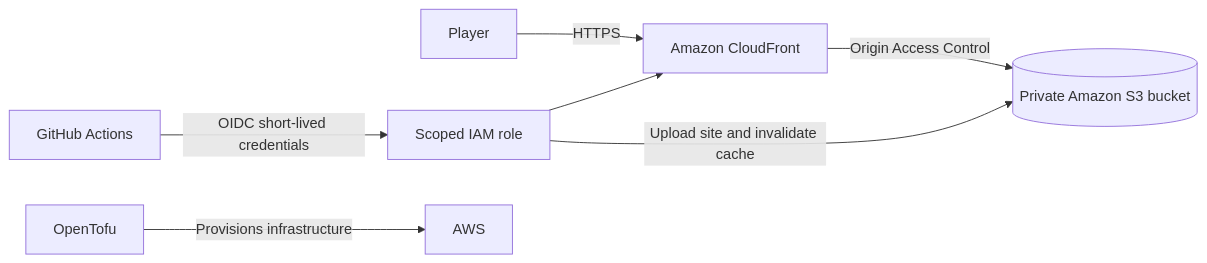
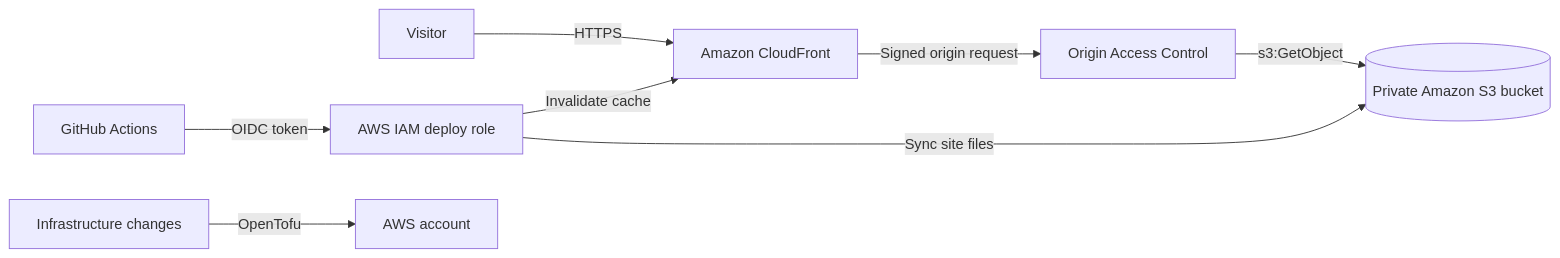
The diagram in README.md (ZJXDL/aws-static-portfolio), drawn with Mermaid before and after one commit. The commit also changed other lines of this file, not shown here.

Commit message:
Refocus README on AWS architecture

````diff
--- a/README.md
+++ b/README.md
@@ -19,9 +9,12 @@
 ```mermaid
 flowchart LR
-  Player[Player] -->|HTTPS| CF[Amazon CloudFront]
-  CF -->|Origin Access Control| S3[(Private Amazon S3 bucket)]
-  GH[GitHub Actions] -->|OIDC short-lived credentials| IAM[Scoped IAM role]
-  IAM -->|Upload site and invalidate cache| S3
-  IAM --> CF
-  Tofu[OpenTofu] -->|Provisions infrastructure| AWS[AWS]
+  Visitor[Visitor] -->|HTTPS| CF[Amazon CloudFront]
+  CF -->|Signed origin request| OAC[Origin Access Control]
+  OAC -->|s3:GetObject| S3[(Private Amazon S3 bucket)]
+
+  GH[GitHub Actions] -->|OIDC token| IAM[AWS IAM deploy role]
+  IAM -->|Sync site files| S3
+  IAM -->|Invalidate cache| CF
+
+  Operator[Infrastructure changes] -->|OpenTofu| AWS[AWS account]
 ```
````
